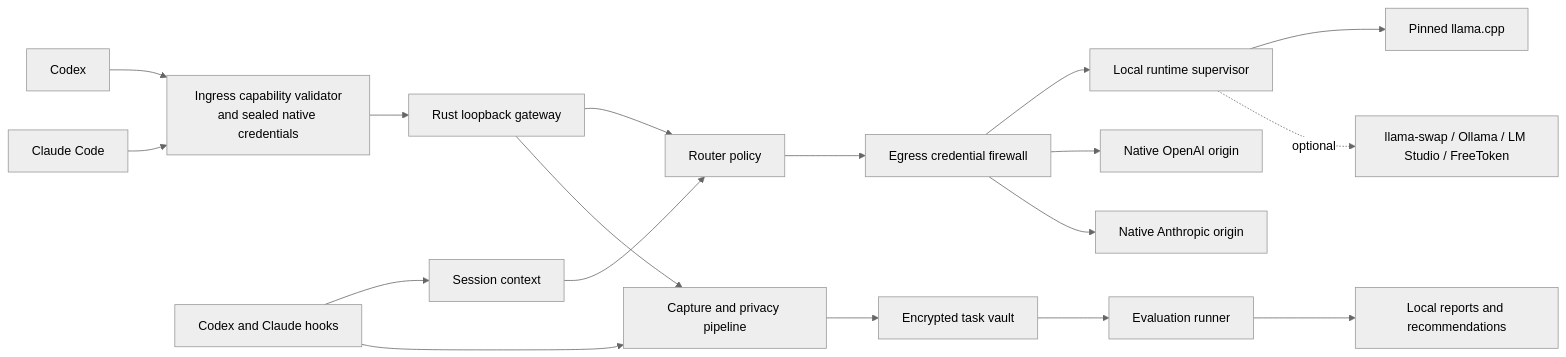
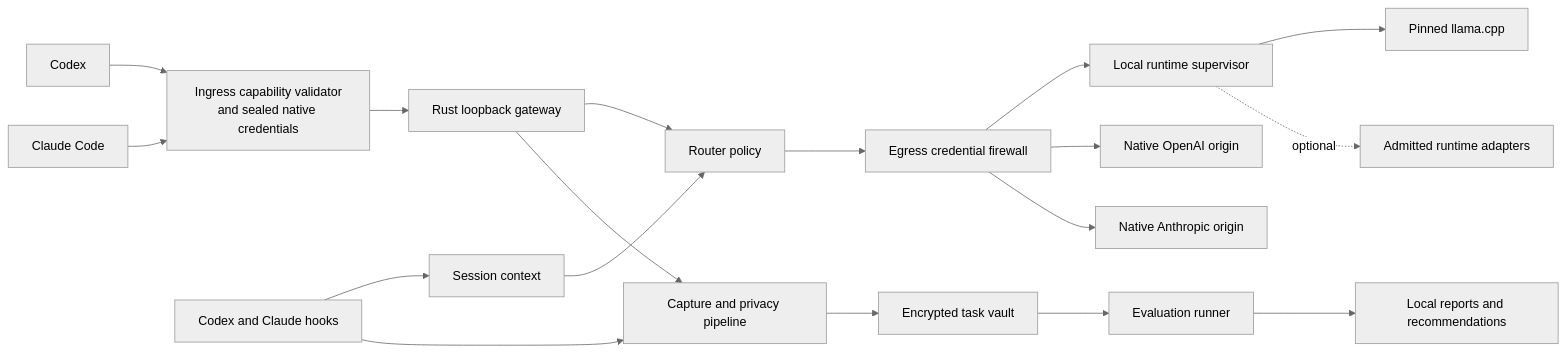
One commit to YavorGIvanov/lao changed the diagram in PRODUCT_VISION_AND_ARCHITECTURE.md. Above: the diagram before and after it, drawn with Mermaid (neutral theme). The commit also changed other lines of this file and 3 other files, not shown here.

````diff
--- a/PRODUCT_VISION_AND_ARCHITECTURE.md
+++ b/PRODUCT_VISION_AND_ARCHITECTURE.md
@@ -363,20 +305,20 @@
 ```mermaid
 flowchart LR
     C["Codex"] --> IV["Ingress capability validator<br/>and sealed native credentials"]
     A["Claude Code"] --> IV
     IV --> G["Rust loopback gateway"]
     H["Codex and Claude hooks"] --> S["Session context"]
     G --> R["Router policy"]
     S --> R["Router policy"]
     R --> EF["Egress credential firewall"]
     EF --> L["Local runtime supervisor"]
     L --> LL["Pinned llama.cpp"]
-    L -. optional .-> LS["llama-swap / Ollama / LM Studio / FreeToken"]
+    L -. optional .-> LS["Admitted runtime adapters"]
     EF --> OC["Native OpenAI origin"]
     EF --> AC["Native Anthropic origin"]
     H --> CP["Capture and privacy pipeline"]
     G --> CP
     CP --> V["Encrypted task vault"]
     V --> E["Evaluation runner"]
     E --> RP["Local reports and recommendations"]
 ```
````
